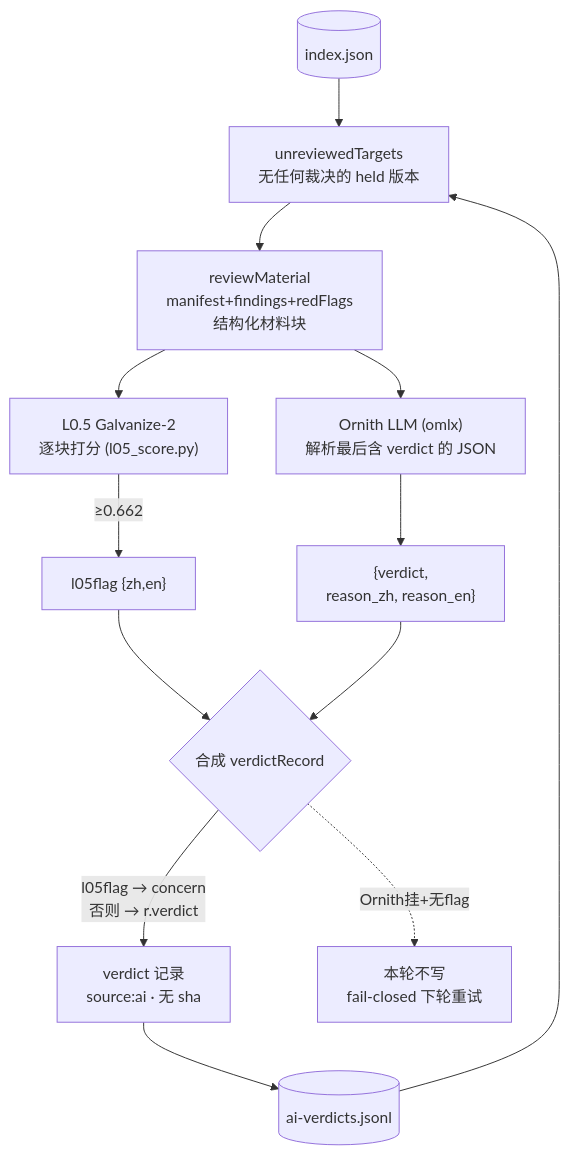
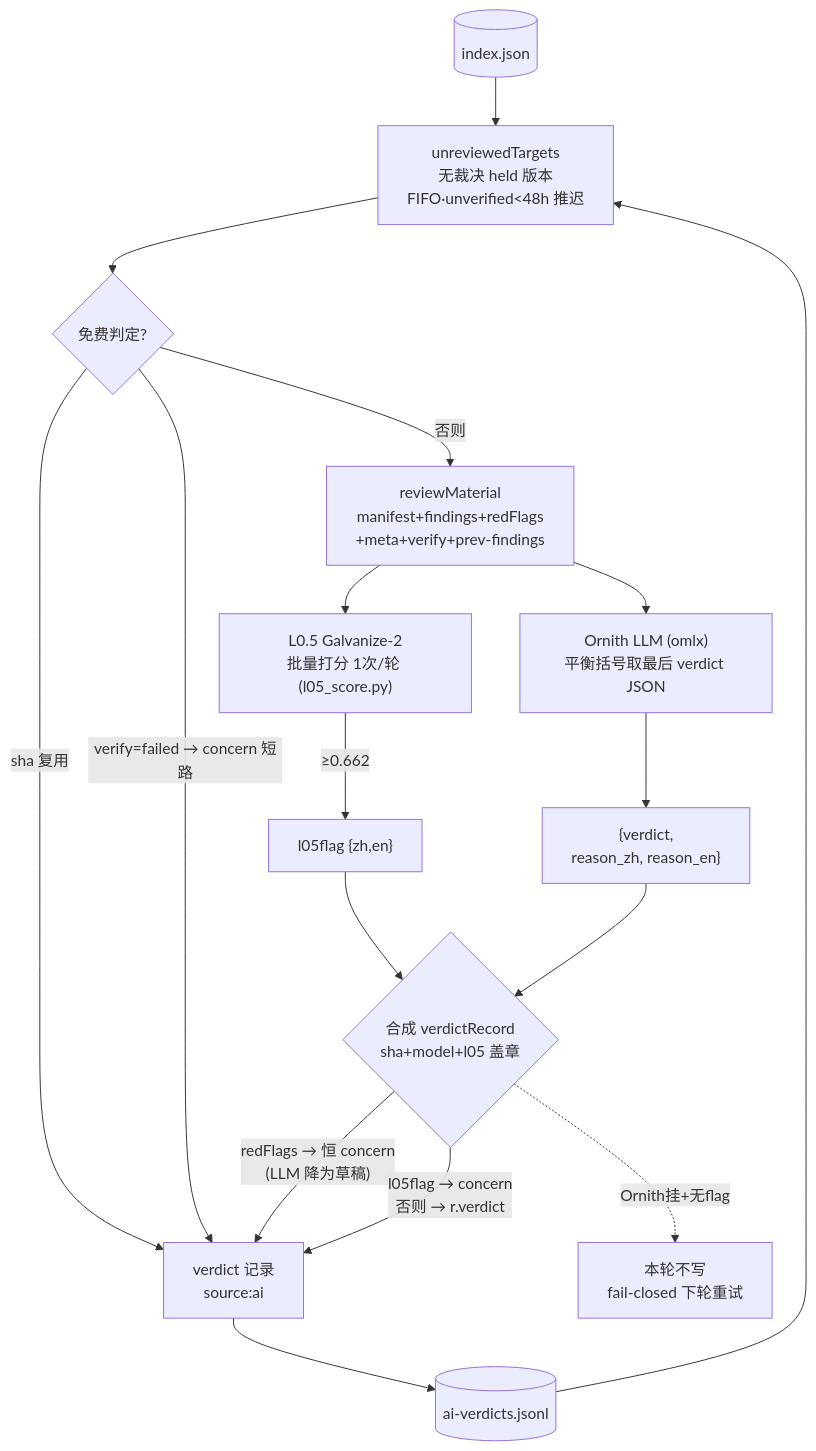
One commit to awesome-market/awesome-opencode-market changed the fifth of 11 diagrams in docs/DATA-FLOWS.md. Above: the diagram before and after it, drawn with Mermaid. The commit also changed other lines of this file and 8 other files, not shown here.

````diff
--- a/docs/DATA-FLOWS.md
+++ b/docs/DATA-FLOWS.md
@@ -342,14 +363,18 @@
 ```mermaid
 flowchart TB
-  IDX[("index.json")] --> UT["unreviewedTargets<br/>无任何裁决的 held 版本"]
+  IDX[("index.json")] --> UT["unreviewedTargets<br/>无裁决 held 版本<br/>FIFO·unverified<48h 推迟"]
   VJ[("ai-verdicts.jsonl")] --> UT
-  UT --> RM["reviewMaterial<br/>manifest+findings+redFlags<br/>结构化材料块"]
-  RM --> L05["L0.5 Galvanize-2<br/>逐块打分 (l05_score.py)"]
-  RM --> OR["Ornith LLM (omlx)<br/>解析最后含 verdict 的 JSON"]
+  UT --> GATE{"免费判定?"}
+  GATE -->|"sha 复用"| REC
+  GATE -->|"verify=failed → concern 短路"| REC
+  GATE -->|"否则"| RM["reviewMaterial<br/>manifest+findings+redFlags<br/>+meta+verify+prev-findings"]
+  RM --> L05["L0.5 Galvanize-2<br/>批量打分 1次/轮 (l05_score.py)"]
+  RM --> OR["Ornith LLM (omlx)<br/>平衡括号取最后 verdict JSON"]
   L05 -->|"≥0.662"| FLG["l05flag {zh,en}"]
   OR --> RESP["{verdict,<br/>reason_zh, reason_en}"]
-  FLG & RESP --> CMP{"合成 verdictRecord"}
-  CMP -->|"l05flag → concern<br/>否则 → r.verdict"| REC["verdict 记录<br/>source:ai · 无 sha"]
+  FLG & RESP --> CMP{"合成 verdictRecord<br/>sha+model+l05 盖章"}
+  CMP -->|"redFlags → 恒 concern<br/>(LLM 降为草稿)"| REC["verdict 记录<br/>source:ai"]
+  CMP -->|"l05flag → concern<br/>否则 → r.verdict"| REC
   CMP -.->|"Ornith挂+无flag"| SKIP["本轮不写<br/>fail-closed 下轮重试"]
   REC --> VJ
 ```
````
